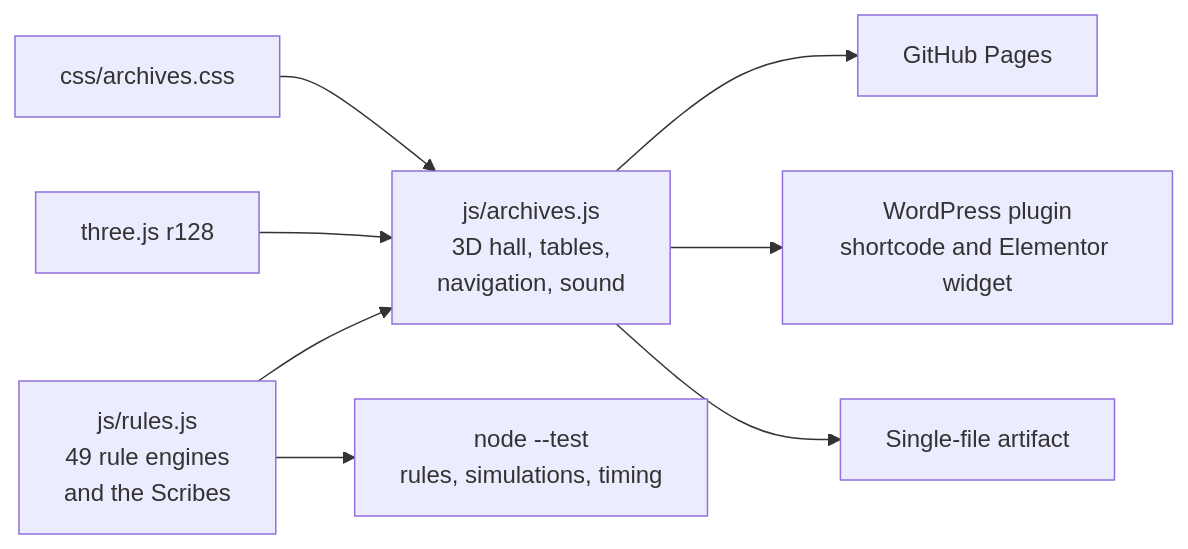
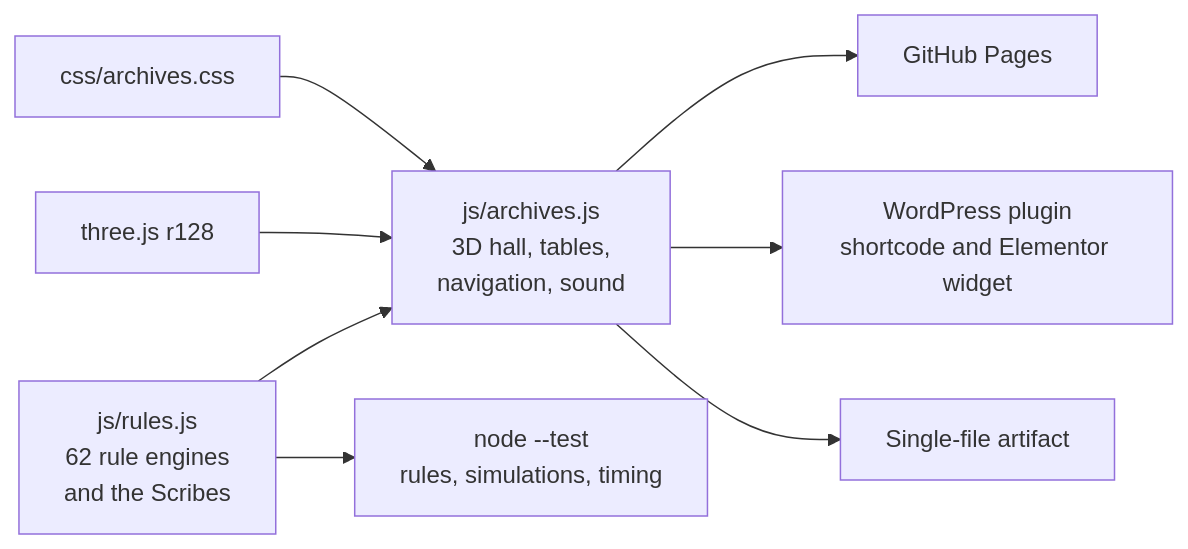
Before and after one commit to CptNope/Librarium-Archives: the second of 2 diagrams in README.md, drawn with Mermaid. The commit also changed other lines of this file and 16 other files, not shown here.

````diff
--- a/README.md
+++ b/README.md
@@ -41,10 +41,10 @@
 ```mermaid
 flowchart LR
-    rules["js/rules.js<br/>49 rule engines<br/>and the Scribes"] --> hall["js/archives.js<br/>3D hall, tables,<br/>navigation, sound"]
+    rules["js/rules.js<br/>62 rule engines<br/>and the Scribes"] --> hall["js/archives.js<br/>3D hall, tables,<br/>navigation, sound"]
     three["three.js r128"] --> hall
     css["css/archives.css"] --> hall
     hall --> site["GitHub Pages"]
     hall --> plugin["WordPress plugin<br/>shortcode and Elementor widget"]
     hall --> artifact["Single-file artifact"]
     rules --> tests["node --test<br/>rules, simulations, timing"]
 ```
````
